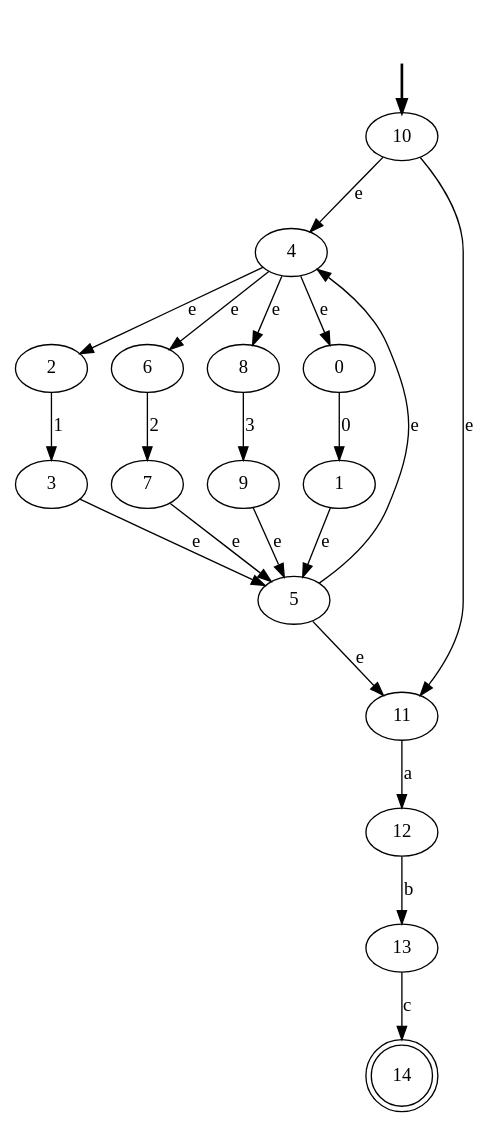
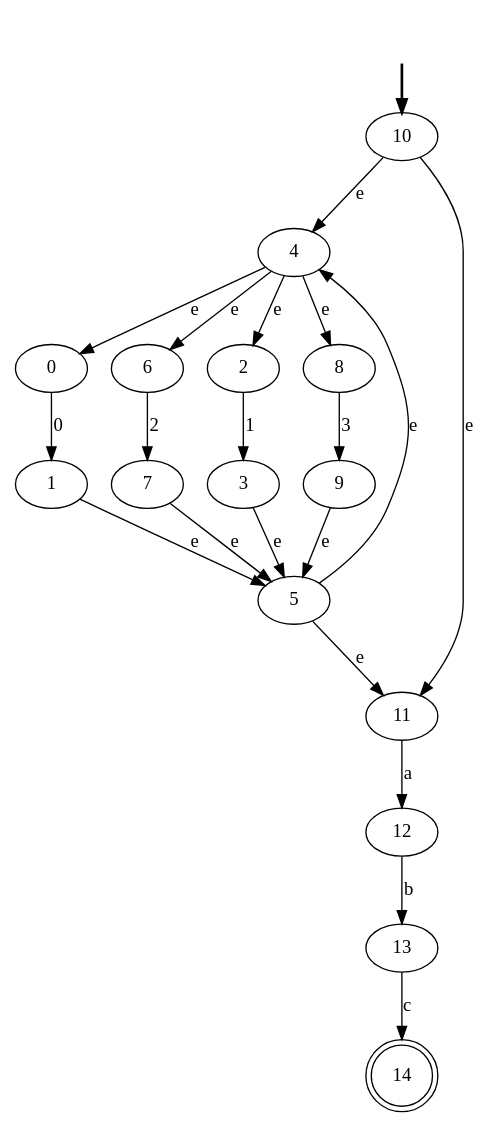
Before and after one commit to maupeon/Compiladores: the diagram in Tarea 1/output_NFA.dot, drawn with Graphviz. The commit also changed other lines of this file and 5 other files, not shown here.

```diff
--- a/Tarea 1/output_NFA.dot
+++ b/Tarea 1/output_NFA.dot
@@ -1,38 +1,38 @@
 digraph {
 	fake0 [style=invisible]
+	9
+	10 [root=true]
 	14 [shape=doublecircle]
-	9
+	0
 	12
+	6
+	2
+	4
 	3
-	2
-	6
-	10 [root=true]
+	8
+	5
+	11
+	7
 	1
-	7
 	13
-	8
-	0
-	4
-	11
-	5
 	fake0 -> 10 [style=bold]
 	0 -> 1 [label=0]
 	2 -> 3 [label=1]
+	4 -> 6 [label=e]
+	4 -> 2 [label=e]
+	4 -> 0 [label=e]
 	4 -> 8 [label=e]
-	4 -> 0 [label=e]
-	4 -> 2 [label=e]
-	4 -> 6 [label=e]
 	1 -> 5 [label=e]
 	3 -> 5 [label=e]
 	6 -> 7 [label=2]
 	7 -> 5 [label=e]
 	8 -> 9 [label=3]
 	9 -> 5 [label=e]
+	10 -> 4 [label=e]
 	10 -> 11 [label=e]
-	10 -> 4 [label=e]
+	5 -> 4 [label=e]
 	5 -> 11 [label=e]
-	5 -> 4 [label=e]
 	11 -> 12 [label=a]
 	12 -> 13 [label=b]
 	13 -> 14 [label=c]
 }
```
